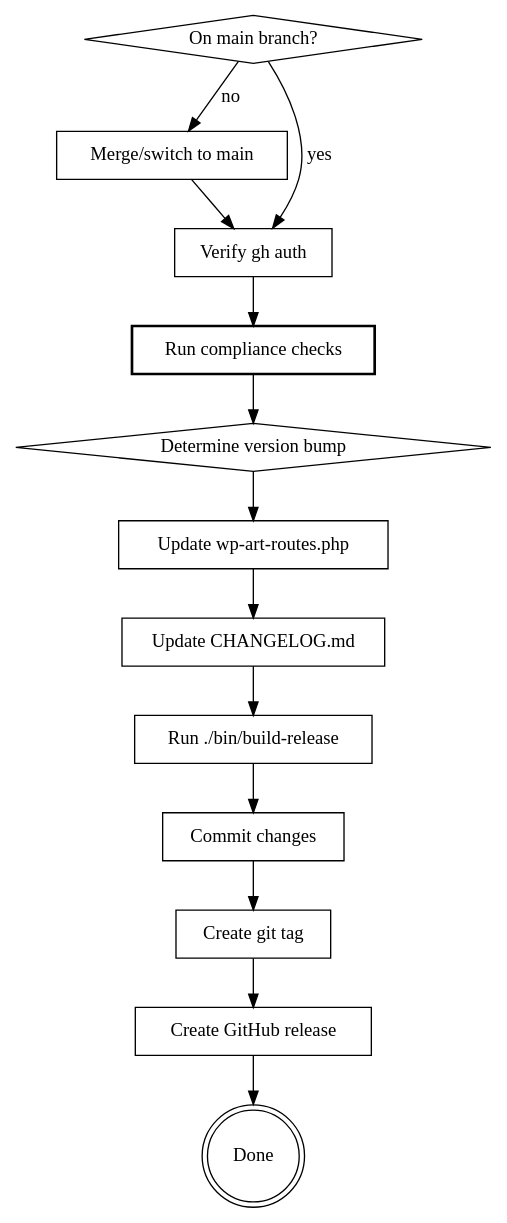
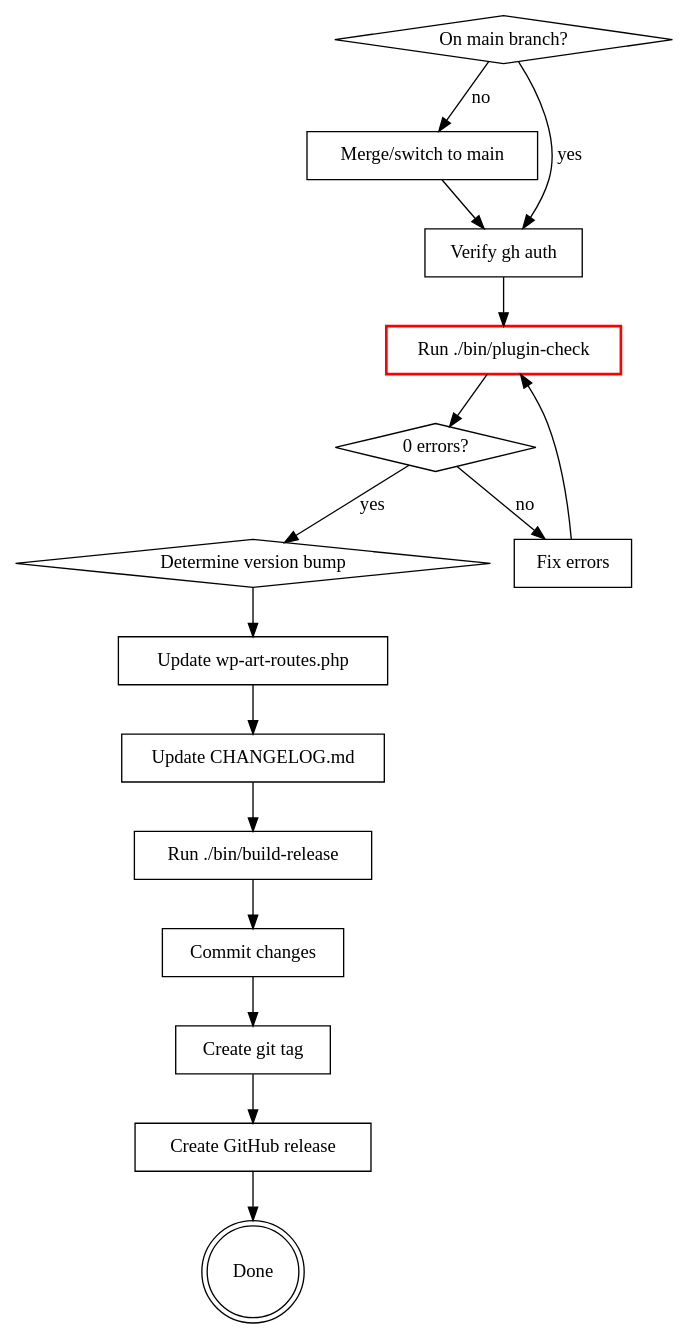
One commit to Koko-Koding/art-routes changed the diagram in .claude/skills/release/SKILL.md. Above: the diagram before and after it, drawn with Graphviz. The commit also changed other lines of this file, not shown here.

First line of the commit message:
Update release skill with mandatory plugin-check step

````diff
--- a/.claude/skills/release/SKILL.md
+++ b/.claude/skills/release/SKILL.md
@@ -32,29 +32,34 @@
 ```dot
 digraph release_flow {
     "On main branch?" [shape=diamond];
     "Merge/switch to main" [shape=box];
     "Verify gh auth" [shape=box];
-    "Run compliance checks" [shape=box, style=bold];
+    "Run ./bin/plugin-check" [shape=box, style=bold, color=red];
+    "0 errors?" [shape=diamond];
+    "Fix errors" [shape=box];
     "Determine version bump" [shape=diamond];
     "Update wp-art-routes.php" [shape=box];
     "Update CHANGELOG.md" [shape=box];
     "Run ./bin/build-release" [shape=box];
     "Commit changes" [shape=box];
     "Create git tag" [shape=box];
     "Create GitHub release" [shape=box];
     "Done" [shape=doublecircle];
 
     "On main branch?" -> "Merge/switch to main" [label="no"];
     "On main branch?" -> "Verify gh auth" [label="yes"];
     "Merge/switch to main" -> "Verify gh auth";
-    "Verify gh auth" -> "Run compliance checks";
-    "Run compliance checks" -> "Determine version bump";
+    "Verify gh auth" -> "Run ./bin/plugin-check";
+    "Run ./bin/plugin-check" -> "0 errors?";
+    "0 errors?" -> "Fix errors" [label="no"];
+    "Fix errors" -> "Run ./bin/plugin-check";
+    "0 errors?" -> "Determine version bump" [label="yes"];
     "Determine version bump" -> "Update wp-art-routes.php";
     "Update wp-art-routes.php" -> "Update CHANGELOG.md";
     "Update CHANGELOG.md" -> "Run ./bin/build-release";
     "Run ./bin/build-release" -> "Commit changes";
     "Commit changes" -> "Create git tag";
     "Create git tag" -> "Create GitHub release";
     "Create GitHub release" -> "Done";
 }
 ```
````
